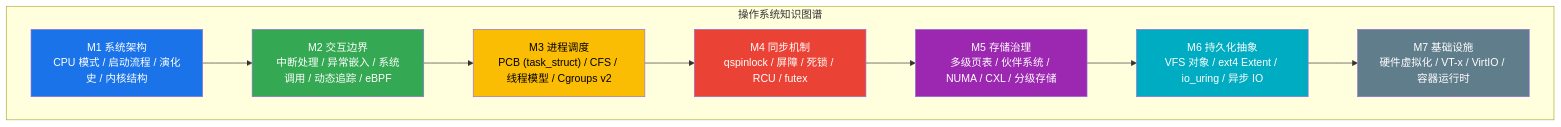
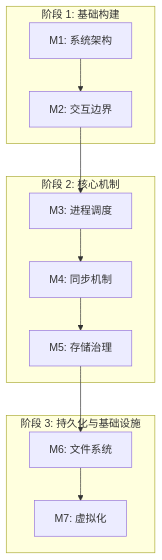
The diagram in content/docs/Projects/OS_Learn/index.mdx (snowfrs/docs), drawn with Mermaid before and after one commit. The commit also changed 13 other files, not shown here.

First line of the commit message:
feat(docs): optimize Mermaid diagrams and expand K8s learning content

````diff
--- a/content/docs/Projects/OS_Learn/index.mdx
+++ b/content/docs/Projects/OS_Learn/index.mdx
@@ -25,22 +25,25 @@
 ```mermaid
-flowchart TB
-    subgraph OS["操作系统知识图谱"]
-        M1["M1 系统架构<br/>CPU 模式 / 启动流程 / 演化史 / 内核结构"]
-        M2["M2 交互边界<br/>中断处理 / 异常嵌入 / 系统调用 / 动态追踪 / eBPF"]
-        M3["M3 进程调度<br/>PCB (task_struct) / CFS / 线程模型 / Cgroups v2"]
-        M4["M4 同步机制<br/>qspinlock / 屏障 / 死锁 / RCU / futex"]
-        M5["M5 存储治理<br/>多级页表 / 伙伴系统 / NUMA / CXL / 分级存储"]
-        M6["M6 持久化抽象<br/>VFS 对象 / ext4 Extent / io_uring / 异步 IO"]
-        M7["M7 基础设施<br/>硬件虚拟化 / VT-x / VirtIO / 容器运行时"]
-        
-        M1 --> M2 --> M3 --> M4 --> M5 --> M6 --> M7
+graph TD
+    subgraph Phase1["阶段 1: 基础构建"]
+        M1["M1: 系统架构"]
+        M2["M2: 交互边界"]
     end
     
-    style M1 fill:#1a73e8,color:#fff
-    style M2 fill:#34a853,color:#fff
-    style M3 fill:#fbbc04,color:#000
-    style M4 fill:#ea4335,color:#fff
-    style M5 fill:#9c27b0,color:#fff
-    style M6 fill:#00acc1,color:#fff
-    style M7 fill:#607d8b,color:#fff
+    subgraph Phase2["阶段 2: 核心机制"]
+        M3["M3: 进程调度"]
+        M4["M4: 同步机制"]
+        M5["M5: 存储治理"]
+    end
+    
+    subgraph Phase3["阶段 3: 持久化与基础设施"]
+        M6["M6: 文件系统"]
+        M7["M7: 虚拟化"]
+    end
+    
+    M1 --> M2
+    M2 --> M3
+    M3 --> M4
+    M4 --> M5
+    M5 --> M6
+    M6 --> M7
 ```
````
